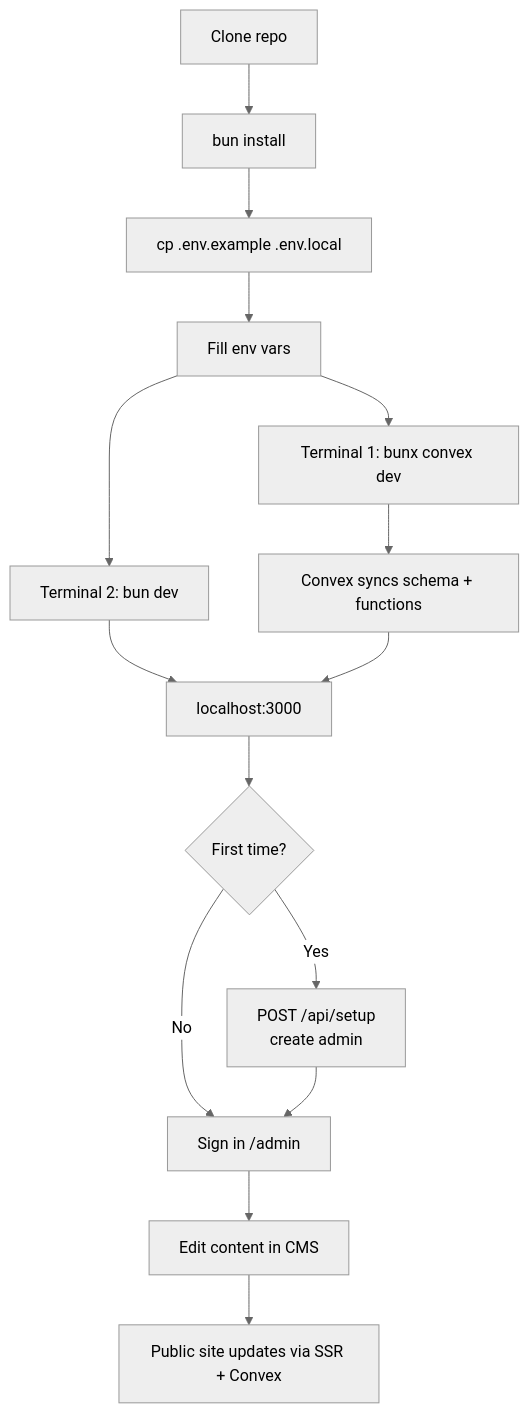
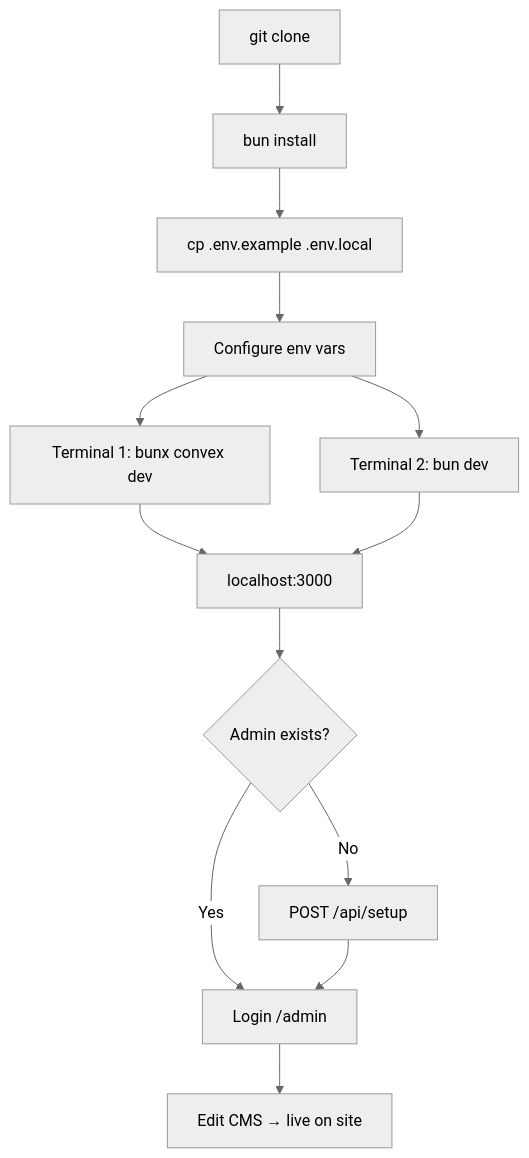
Before and after one commit to mawlid1431/Portfolio: the tenth of 15 diagrams in README.md, drawn with Mermaid (neutral theme). The commit also changed other lines of this file, not shown here.

````diff
--- a/README.md
+++ b/README.md
@@ -393,17 +467,14 @@
 ```mermaid
 flowchart TD
-  A["Clone repo"] --> B["bun install"]
+  A["git clone"] --> B["bun install"]
   B --> C["cp .env.example .env.local"]
-  C --> D["Fill env vars"]
+  C --> D["Configure env vars"]
   D --> E["Terminal 1: bunx convex dev"]
   D --> F["Terminal 2: bun dev"]
-  E --> G["Convex syncs schema + functions"]
-  F --> H["localhost:3000"]
-  G --> H
-  H --> I{"First time?"}
-  I -->|Yes| J["POST /api/setup<br/>create admin"]
-  I -->|No| K["Sign in /admin"]
-  J --> K
-  K --> L["Edit content in CMS"]
-  L --> M["Public site updates via SSR + Convex"]
+  E & F --> G["localhost:3000"]
+  G --> H{"Admin exists?"}
+  H -->|No| I["POST /api/setup"]
+  H -->|Yes| J["Login /admin"]
+  I --> J
+  J --> K["Edit CMS → live on site"]
 ```
````
